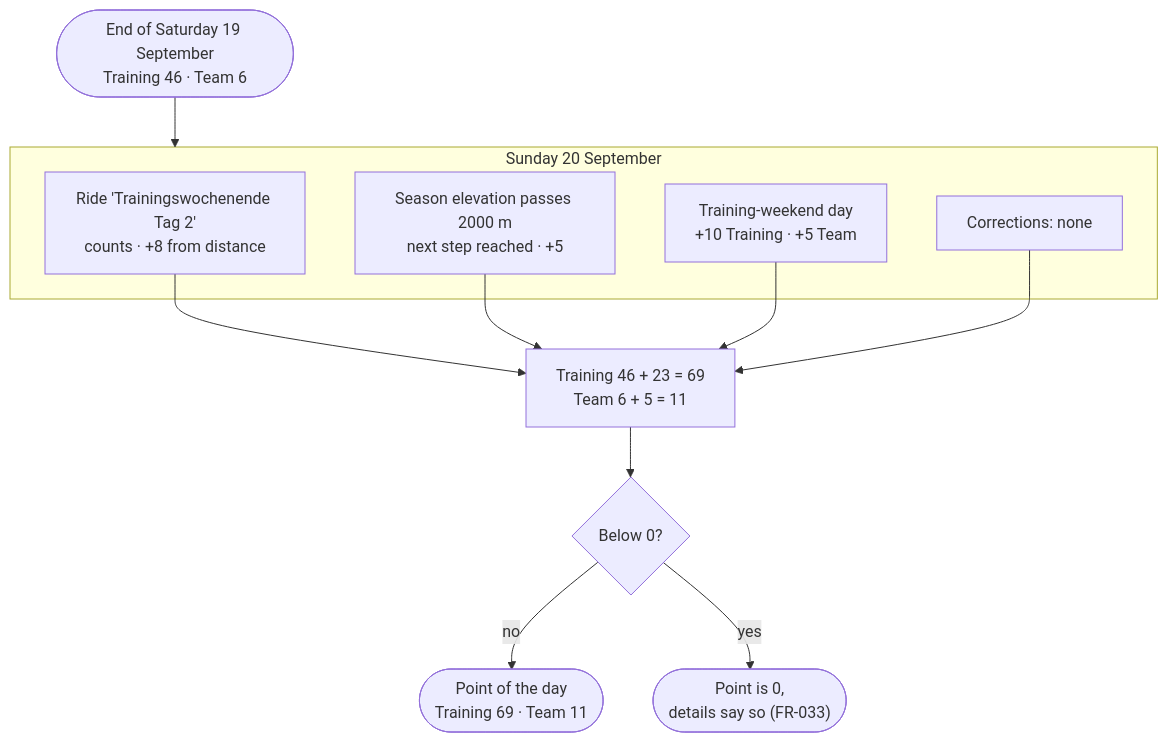
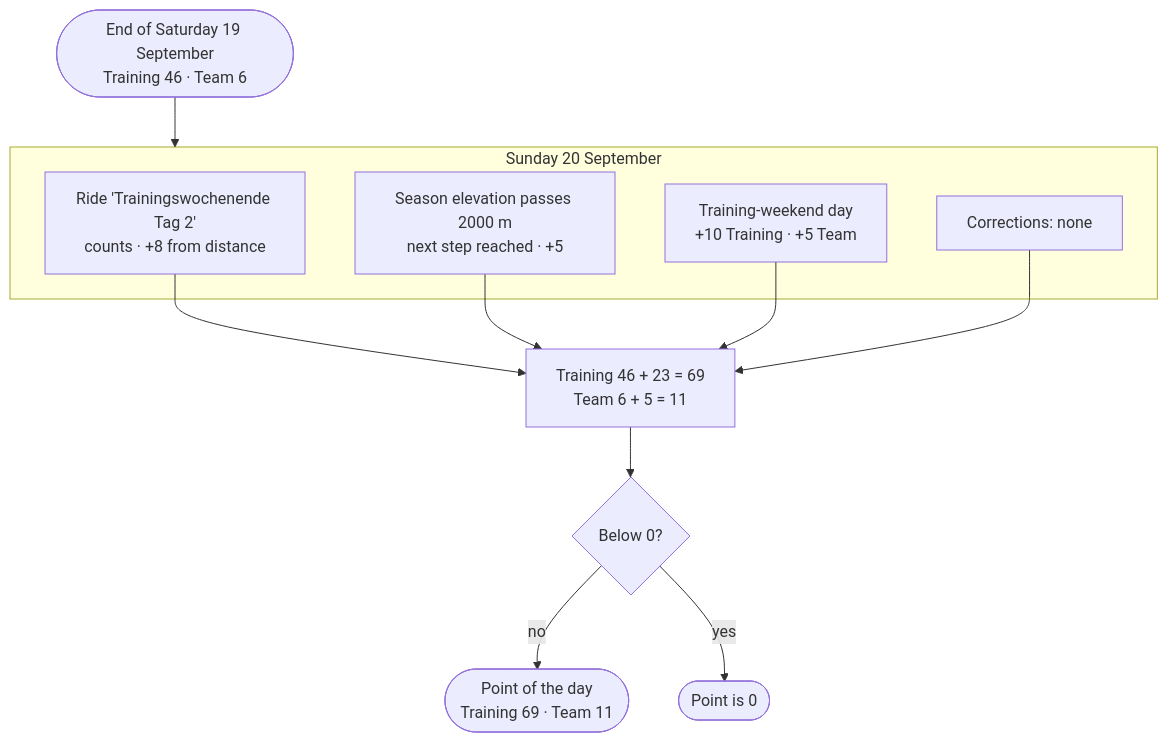
Before and after one commit to SaSteffen/RynkePoints: the third of 9 diagrams in specs/009-rider-progress-charts/spec.md, drawn with Mermaid. The commit also changed other lines of this file, not shown here.

First line of the commit message:
docs: apply /speckit-clarify answers to rider progress charts

````diff
--- a/specs/009-rider-progress-charts/spec.md
+++ b/specs/009-rider-progress-charts/spec.md
@@ -684,14 +609,14 @@
 ```mermaid
 flowchart TD
     prev(["End of Saturday 19 September<br/>Training 46 · Team 6"]) --> day
     subgraph day["Sunday 20 September"]
         ride["Ride 'Trainingswochenende Tag 2'<br/>counts · +8 from distance"]
         elev["Season elevation passes 2000 m<br/>next step reached · +5"]
         event["Training-weekend day<br/>+10 Training · +5 Team"]
         corr["Corrections: none"]
     end
     ride & elev & event & corr --> sum["Training 46 + 23 = 69<br/>Team 6 + 5 = 11"]
     sum --> floor{"Below 0?"}
     floor -- no --> point(["Point of the day<br/>Training 69 · Team 11"])
-    floor -- yes --> zero(["Point is 0,<br/>details say so (FR-033)"])
+    floor -- yes --> zero(["Point is 0"])
 ```
````
